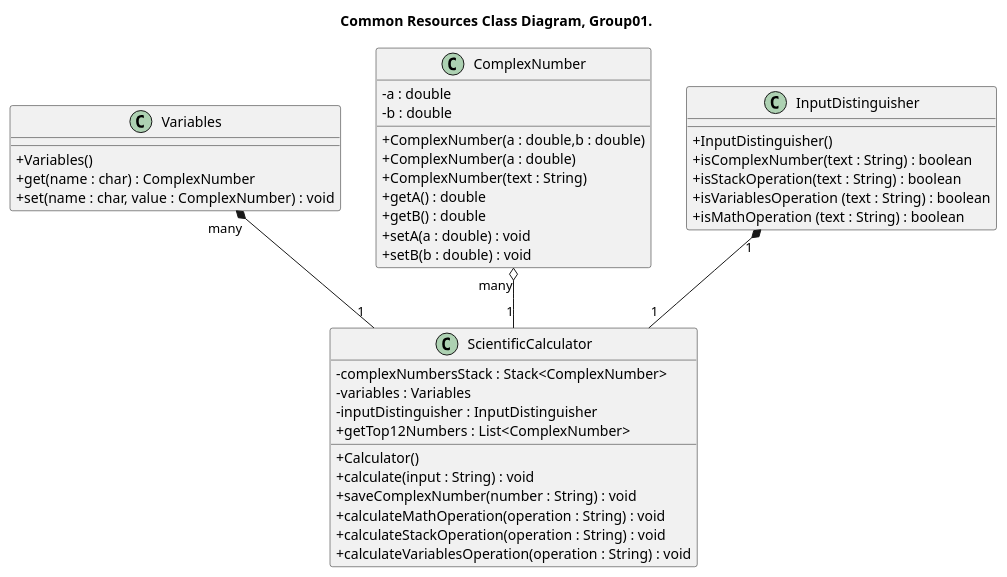
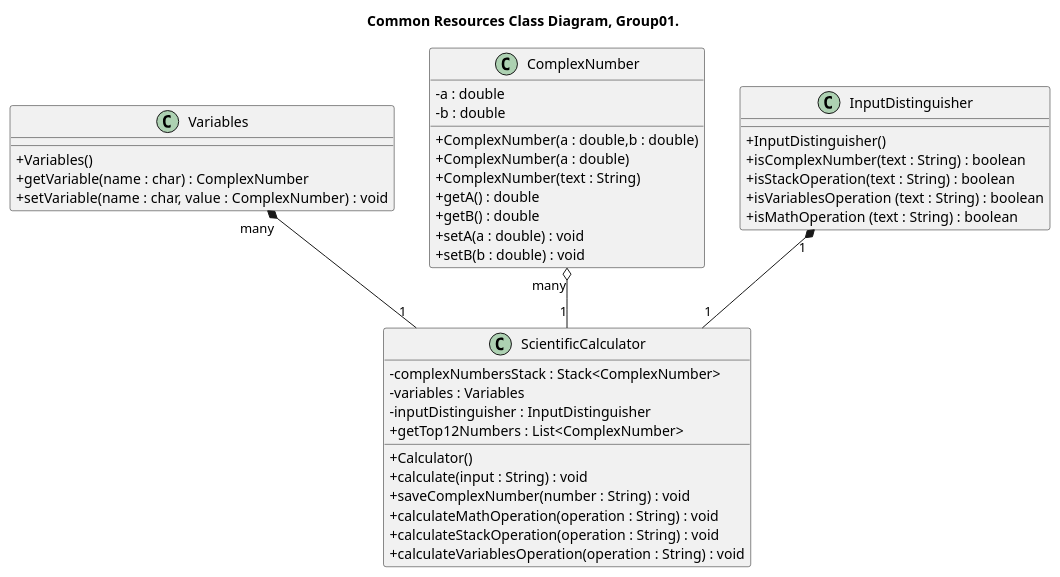
Before and after one commit to CiroCutolo/Scientific_Calculator_group01_2023: the diagram in class_diagram/CommonResources_ClassDiagram_Group01.puml, drawn with PlantUML. The commit also changed 1 other file, not shown here.

```diff
--- a/class_diagram/CommonResources_ClassDiagram_Group01.puml
+++ b/class_diagram/CommonResources_ClassDiagram_Group01.puml
@@ -1,50 +1,50 @@
 @startuml Common Resources ClassDiagram, Group01.
 
 title Common Resources Class Diagram, Group01.
 
 skinparam ClassAttributeIconSize 0
 class Variables{
     + Variables()
-    + get(name : char) : ComplexNumber
-    + set(name : char, value : ComplexNumber) : void
+    + getVariable(name : char) : ComplexNumber
+    + setVariable(name : char, value : ComplexNumber) : void
 }
 
 class ComplexNumber{
     - a : double
     - b : double
     + ComplexNumber(a : double,b : double)
     + ComplexNumber(a : double)
     + ComplexNumber(text : String)
     + getA() : double
     + getB() : double 
     + setA(a : double) : void
     + setB(b : double) : void
 }
 
 
 class InputDistinguisher{
     + InputDistinguisher()
     + isComplexNumber(text : String) : boolean
     + isStackOperation(text : String) : boolean
     + isVariablesOperation (text : String) : boolean
     + isMathOperation (text : String) : boolean
 }
 
 class ScientificCalculator{
     - complexNumbersStack : Stack<ComplexNumber>
     - variables : Variables
     - inputDistinguisher : InputDistinguisher
     + Calculator()
     + getTop12Numbers : List<ComplexNumber>
     + calculate(input : String) : void 
     + saveComplexNumber(number : String) : void
     + calculateMathOperation(operation : String) : void
     + calculateStackOperation(operation : String) : void
     + calculateVariablesOperation(operation : String) : void
 }
 
 ComplexNumber "many" o-- "1" ScientificCalculator
 Variables "many" *-- "1" ScientificCalculator
 InputDistinguisher "1" *-- "1" ScientificCalculator
 
 @enduml
```
